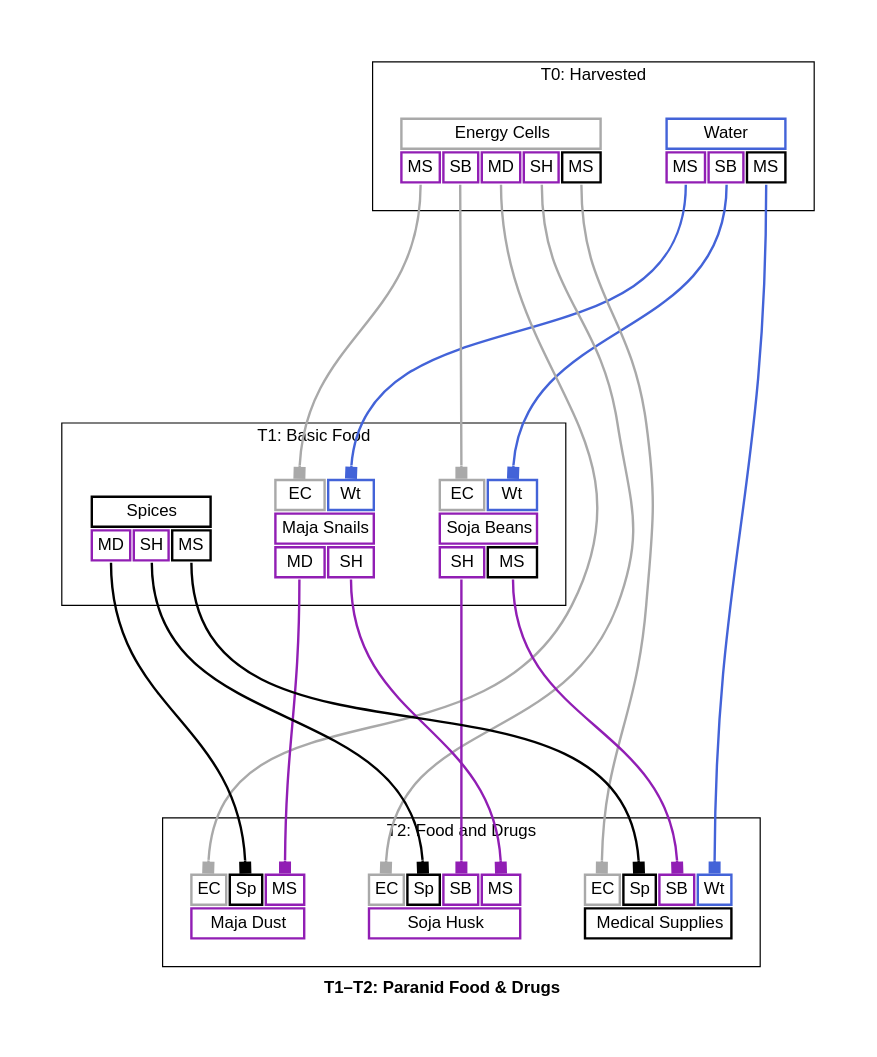
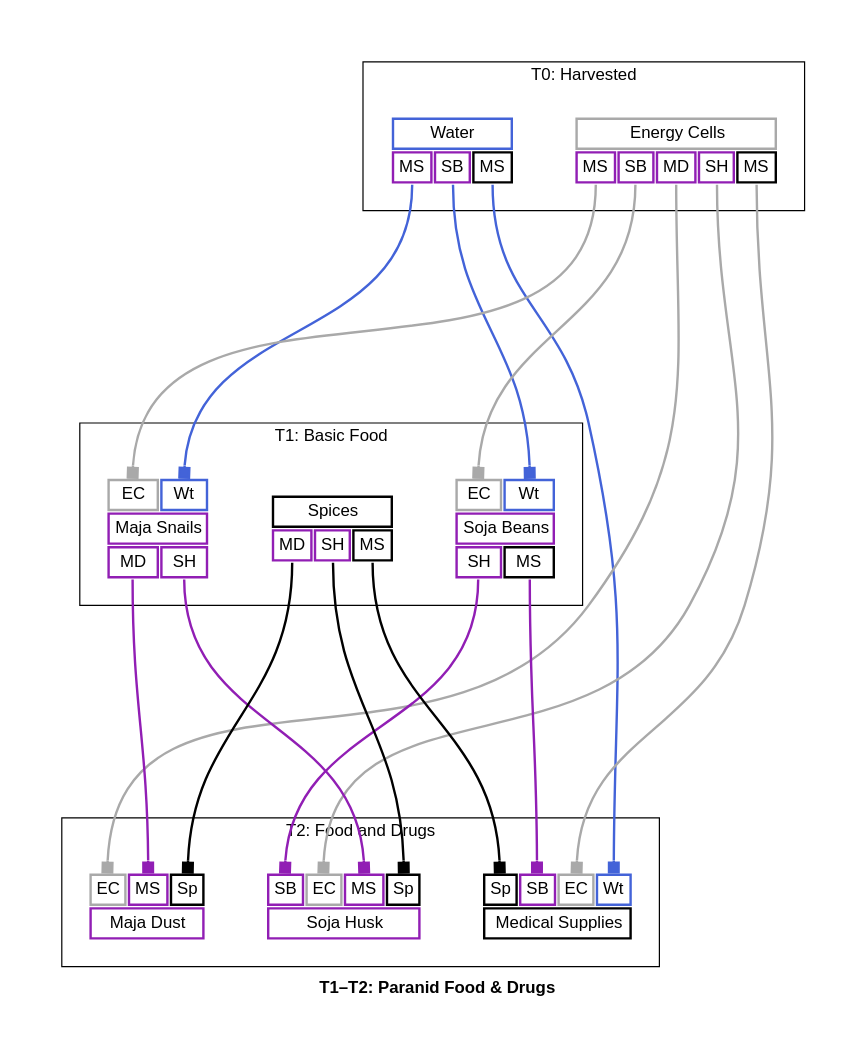
Before and after one commit to borntyping/x4-diagrams: the diagram in docs/t1_t2_paranid_food_drugs_graph_full.dot, drawn with Graphviz. The commit also changed other lines of this file and 73 other files, not shown here.

```diff
--- a/docs/t1_t2_paranid_food_drugs_graph_full.dot
+++ b/docs/t1_t2_paranid_food_drugs_graph_full.dot
@@ -1,188 +1,188 @@
 digraph "X4 Economy" {
 	edge [arrowType=normal]
 	compound=true fontname="Helvetica,Arial,sans-serif"
 	label=<<b>T1–T2: Paranid Food &amp; Drugs</b>>
 	graph [nodesep=0.3 pad=0.5 ranksep=3]
 	node [color=slategray1 fontname="Helvetica,Arial,sans-serif" margin=0.2 penwidth=2.0 shape=plaintext]
 	edge [arrowhead=normal arrowsize=1.0 fontname="Helvetica,Arial,sans-serif" headport=n penwidth=2.0 tailport=s]
 	subgraph 0 {
 		cluster=true label="T0: Harvested"
 		water [label=<<table border="0" cellborder="2" cellpadding="4" cellspacing="1" fixedsize="false" id="water" port="output">
   
   <tr>
     <td align="text" bgcolor="white" color="#4363d8" colspan="3">Water</td>
   </tr>
   
     <tr>
       
         <td align="text" bgcolor="white" color="#911eb4" port="maja_snails">MS</td>
       
         <td align="text" bgcolor="white" color="#911eb4" port="soja_beans">SB</td>
       
         <td align="text" bgcolor="white" color="#000000" port="medical_supplies">MS</td>
       
     </tr>
   
 </table>>]
 		energy_cells [label=<<table border="0" cellborder="2" cellpadding="4" cellspacing="1" fixedsize="false" id="energy_cells" port="output">
   
   <tr>
     <td align="text" bgcolor="white" color="#a9a9a9" colspan="5">Energy Cells</td>
   </tr>
   
     <tr>
       
         <td align="text" bgcolor="white" color="#911eb4" port="maja_snails">MS</td>
       
         <td align="text" bgcolor="white" color="#911eb4" port="soja_beans">SB</td>
       
         <td align="text" bgcolor="white" color="#911eb4" port="maja_dust">MD</td>
       
         <td align="text" bgcolor="white" color="#911eb4" port="soja_husk">SH</td>
       
         <td align="text" bgcolor="white" color="#000000" port="medical_supplies">MS</td>
       
     </tr>
   
 </table>>]
 	}
 	subgraph 1 {
 		cluster=true label="T1: Basic Food"
 		maja_snails [label=<<table border="0" cellborder="2" cellpadding="4" cellspacing="1" fixedsize="false" id="maja_snails" port="output">
   
     <tr>
       
         <td align="text" bgcolor="white" color="#a9a9a9" port="energy_cells">EC</td>
       
         <td align="text" bgcolor="white" color="#4363d8" port="water">Wt</td>
       
     </tr>
   
   <tr>
     <td align="text" bgcolor="white" color="#911eb4" colspan="2">Maja Snails</td>
   </tr>
   
     <tr>
       
         <td align="text" bgcolor="white" color="#911eb4" port="maja_dust">MD</td>
       
         <td align="text" bgcolor="white" color="#911eb4" port="soja_husk">SH</td>
       
     </tr>
   
 </table>>]
 		soja_beans [label=<<table border="0" cellborder="2" cellpadding="4" cellspacing="1" fixedsize="false" id="soja_beans" port="output">
   
     <tr>
       
         <td align="text" bgcolor="white" color="#a9a9a9" port="energy_cells">EC</td>
       
         <td align="text" bgcolor="white" color="#4363d8" port="water">Wt</td>
       
     </tr>
   
   <tr>
     <td align="text" bgcolor="white" color="#911eb4" colspan="2">Soja Beans</td>
   </tr>
   
     <tr>
       
         <td align="text" bgcolor="white" color="#911eb4" port="soja_husk">SH</td>
       
         <td align="text" bgcolor="white" color="#000000" port="medical_supplies">MS</td>
       
     </tr>
   
 </table>>]
 		spices [label=<<table border="0" cellborder="2" cellpadding="4" cellspacing="1" fixedsize="false" id="spices" port="output">
   
   <tr>
     <td align="text" bgcolor="white" color="#000000" colspan="3">Spices</td>
   </tr>
   
     <tr>
       
         <td align="text" bgcolor="white" color="#911eb4" port="maja_dust">MD</td>
       
         <td align="text" bgcolor="white" color="#911eb4" port="soja_husk">SH</td>
       
         <td align="text" bgcolor="white" color="#000000" port="medical_supplies">MS</td>
       
     </tr>
   
 </table>>]
 	}
 	subgraph 2 {
 		cluster=true label="T2: Food and Drugs"
 		maja_dust [label=<<table border="0" cellborder="2" cellpadding="4" cellspacing="1" fixedsize="false" id="maja_dust" port="output">
   
     <tr>
       
         <td align="text" bgcolor="white" color="#a9a9a9" port="energy_cells">EC</td>
       
+        <td align="text" bgcolor="white" color="#911eb4" port="maja_snails">MS</td>
+      
         <td align="text" bgcolor="white" color="#000000" port="spices">Sp</td>
-      
-        <td align="text" bgcolor="white" color="#911eb4" port="maja_snails">MS</td>
       
     </tr>
   
   <tr>
     <td align="text" bgcolor="white" color="#911eb4" colspan="3">Maja Dust</td>
   </tr>
   
 </table>>]
 		soja_husk [label=<<table border="0" cellborder="2" cellpadding="4" cellspacing="1" fixedsize="false" id="soja_husk" port="output">
   
     <tr>
       
+        <td align="text" bgcolor="white" color="#911eb4" port="soja_beans">SB</td>
+      
         <td align="text" bgcolor="white" color="#a9a9a9" port="energy_cells">EC</td>
       
+        <td align="text" bgcolor="white" color="#911eb4" port="maja_snails">MS</td>
+      
         <td align="text" bgcolor="white" color="#000000" port="spices">Sp</td>
-      
-        <td align="text" bgcolor="white" color="#911eb4" port="soja_beans">SB</td>
-      
-        <td align="text" bgcolor="white" color="#911eb4" port="maja_snails">MS</td>
       
     </tr>
   
   <tr>
     <td align="text" bgcolor="white" color="#911eb4" colspan="4">Soja Husk</td>
   </tr>
   
 </table>>]
 		medical_supplies [label=<<table border="0" cellborder="2" cellpadding="4" cellspacing="1" fixedsize="false" id="medical_supplies" port="output">
   
     <tr>
       
-        <td align="text" bgcolor="white" color="#a9a9a9" port="energy_cells">EC</td>
-      
         <td align="text" bgcolor="white" color="#000000" port="spices">Sp</td>
       
         <td align="text" bgcolor="white" color="#911eb4" port="soja_beans">SB</td>
+      
+        <td align="text" bgcolor="white" color="#a9a9a9" port="energy_cells">EC</td>
       
         <td align="text" bgcolor="white" color="#4363d8" port="water">Wt</td>
       
     </tr>
   
   <tr>
     <td align="text" bgcolor="white" color="#000000" colspan="4">Medical Supplies</td>
   </tr>
   
 </table>>]
 	}
 	energy_cells:maja_snails:s -> maja_snails:energy_cells:n [arrowhead=box color="#a9a9a9" weight=1.0]
 	water:maja_snails:s -> maja_snails:water:n [arrowhead=box color="#4363d8" weight=1.0]
 	energy_cells:soja_beans:s -> soja_beans:energy_cells:n [arrowhead=box color="#a9a9a9" weight=1.0]
 	water:soja_beans:s -> soja_beans:water:n [arrowhead=box color="#4363d8" weight=1.0]
 	energy_cells:maja_dust:s -> maja_dust:energy_cells:n [arrowhead=box color="#a9a9a9" weight=1.0]
 	maja_snails:maja_dust:s -> maja_dust:maja_snails:n [arrowhead=box color="#911eb4" weight=1.0]
 	spices:maja_dust:s -> maja_dust:spices:n [arrowhead=box color="#000000" weight=1.0]
 	energy_cells:soja_husk:s -> soja_husk:energy_cells:n [arrowhead=box color="#a9a9a9" weight=1.0]
 	maja_snails:soja_husk:s -> soja_husk:maja_snails:n [arrowhead=box color="#911eb4" weight=1.0]
 	soja_beans:soja_husk:s -> soja_husk:soja_beans:n [arrowhead=box color="#911eb4" weight=1.0]
 	spices:soja_husk:s -> soja_husk:spices:n [arrowhead=box color="#000000" weight=1.0]
 	energy_cells:medical_supplies:s -> medical_supplies:energy_cells:n [arrowhead=box color="#a9a9a9" weight=1.0]
 	soja_beans:medical_supplies:s -> medical_supplies:soja_beans:n [arrowhead=box color="#911eb4" weight=1.0]
 	spices:medical_supplies:s -> medical_supplies:spices:n [arrowhead=box color="#000000" weight=1.0]
 	water:medical_supplies:s -> medical_supplies:water:n [arrowhead=box color="#4363d8" weight=1.0]
 }
```
